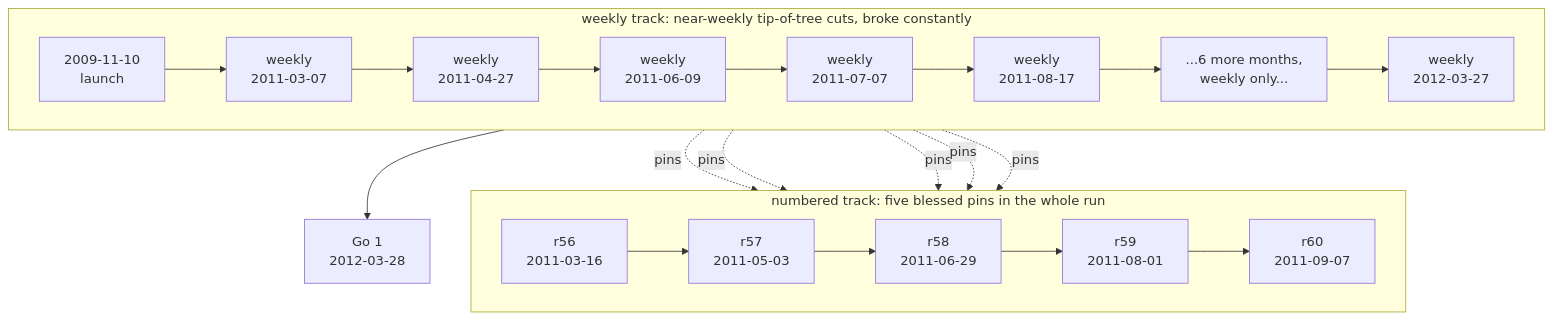
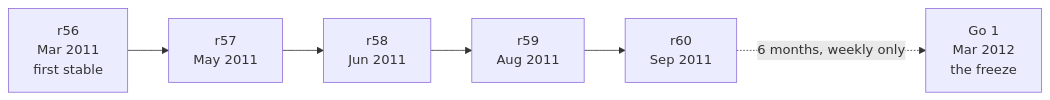
Before and after one commit to FumingPower3925/albertbf: the diagram in content/articles/the-wild-years/index.md, drawn with Mermaid.

Commit message:
content(the-wild-years): replace the tangled two-track diagram
The old flowchart-TB with cross-'pins' arrows rendered as an unreadable
tangle and misrepresented the weekly stream as ~7 nodes. Replace it with
a clean linear flowchart of the five numbered releases (r56-r60) and a
dotted 6-month gap arrow to the Go 1 freeze, which is the section's
actual payoff. Verified it renders (valid SVG, gap label present).

````diff
--- a/content/articles/the-wild-years/index.md
+++ b/content/articles/the-wild-years/index.md
@@ -36,17 +36,5 @@
 ```mermaid
-flowchart TB
-    subgraph WEEKLY["weekly track: near-weekly tip-of-tree cuts, broke constantly"]
-        direction LR
-        L["2009-11-10<br/>launch"] --> A["weekly<br/>2011-03-07"] --> B["weekly<br/>2011-04-27"] --> C["weekly<br/>2011-06-09"] --> D["weekly<br/>2011-07-07"] --> E["weekly<br/>2011-08-17"] --> F["...6 more months,<br/>weekly only..."] --> G["weekly<br/>2012-03-27"]
-    end
-    subgraph NUMBERED["numbered track: five blessed pins in the whole run"]
-        direction LR
-        R56["r56<br/>2011-03-16"] --> R57["r57<br/>2011-05-03"] --> R58["r58<br/>2011-06-29"] --> R59["r59<br/>2011-08-01"] --> R60["r60<br/>2011-09-07"]
-    end
-    A -. pins .-> R56
-    B -. pins .-> R57
-    C -. pins .-> R58
-    D -. pins .-> R59
-    E -. pins .-> R60
-    G --> GO1["Go 1<br/>2012-03-28"]
+flowchart LR
+    r56["r56<br/>Mar 2011<br/>first stable"] --> r57["r57<br/>May 2011"] --> r58["r58<br/>Jun 2011"] --> r59["r59<br/>Aug 2011"] --> r60["r60<br/>Sep 2011"]
+    r60 -. "6 months, weekly only" .-> go1["Go 1<br/>Mar 2012<br/>the freeze"]
 ```
````
